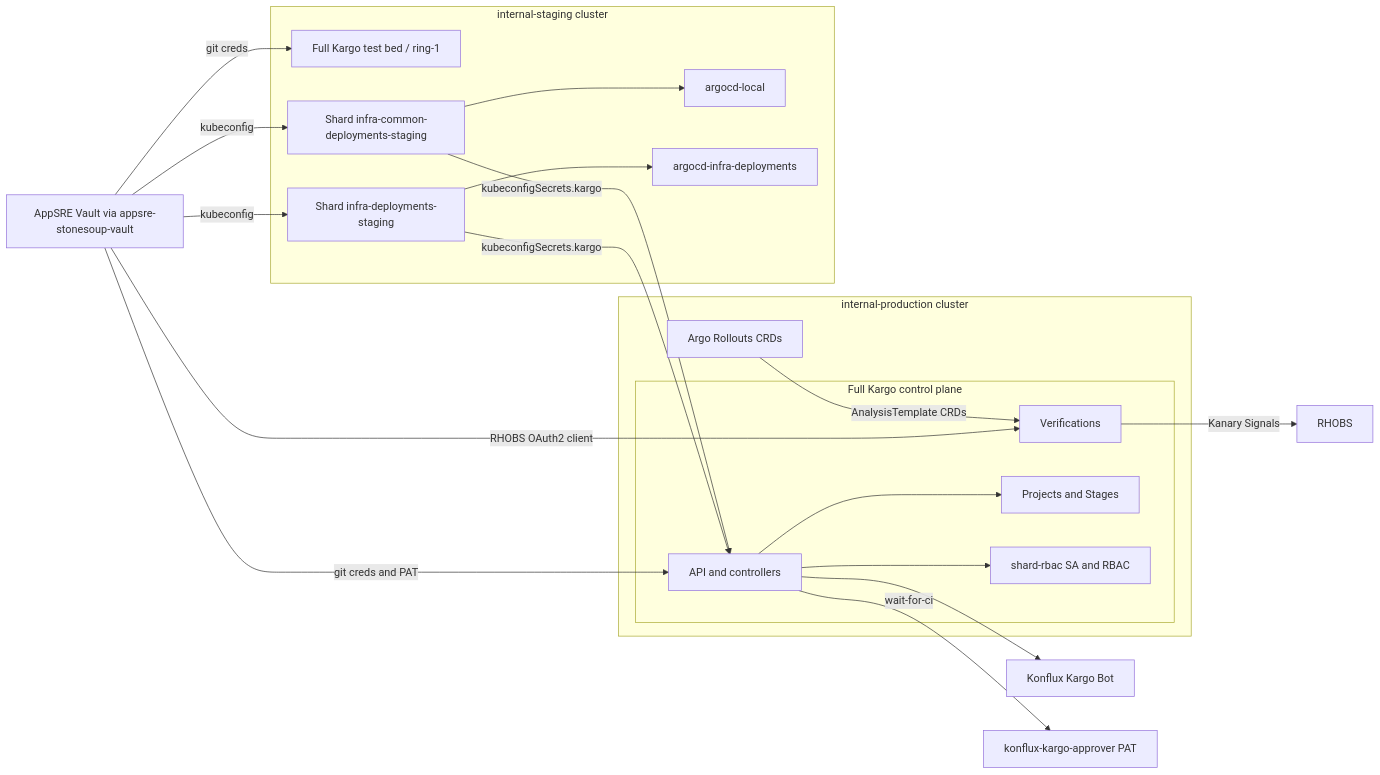
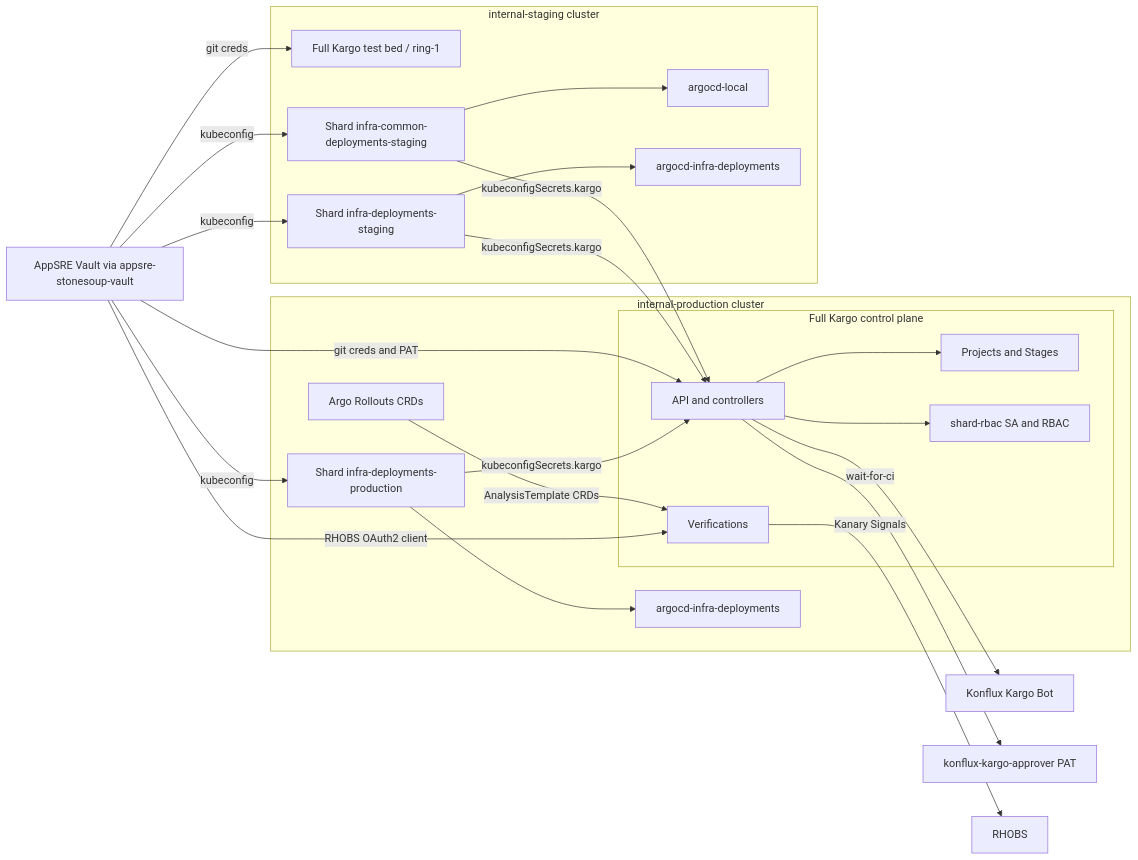
The diagram in components/kargo/README.md (redhat-appstudio/infra-common-deployments), drawn with Mermaid before and after one commit. The commit also changed other lines of this file and 4 other files, not shown here.

First line of the commit message:
feat(kargo): retarget infra-deployments rings onto production shard

````diff
--- a/components/kargo/README.md
+++ b/components/kargo/README.md
@@ -34,40 +38,45 @@
 ```mermaid
 flowchart LR
   subgraph prodCluster [internal-production cluster]
     subgraph kargoCP [Full Kargo control plane]
       KargoCore[API and controllers]
       Verifications[Verifications]
       Projects[Projects and Stages]
       ShardRBAC[shard-rbac SA and RBAC]
       KargoCore --> Projects
       KargoCore --> ShardRBAC
     end
     AR[Argo Rollouts CRDs]
+    ShardInfraProd[Shard infra-deployments-production]
+    ArgoInfraProd[argocd-infra-deployments]
     AR -->|AnalysisTemplate CRDs| Verifications
+    ShardInfraProd --> ArgoInfraProd
   end
 
   subgraph stgCluster [internal-staging cluster]
     KargoStg[Full Kargo test bed / ring-1]
     ShardCommon[Shard infra-common-deployments-staging]
     ShardInfra[Shard infra-deployments-staging]
     ArgoLocal[argocd-local]
     ArgoInfra[argocd-infra-deployments]
     ShardCommon --> ArgoLocal
     ShardInfra --> ArgoInfra
   end
 
   Vault[AppSRE Vault via appsre-stonesoup-vault]
   GHBot[Konflux Kargo Bot]
   GHApprover[konflux-kargo-approver PAT]
   RHOBS[RHOBS]
   Vault -->|git creds and PAT| KargoCore
   Vault -->|git creds| KargoStg
   Vault -->|kubeconfig| ShardCommon
   Vault -->|kubeconfig| ShardInfra
+  Vault -->|kubeconfig| ShardInfraProd
   Vault -->|RHOBS OAuth2 client| Verifications
   ShardCommon -->|kubeconfigSecrets.kargo| KargoCore
   ShardInfra -->|kubeconfigSecrets.kargo| KargoCore
+  ShardInfraProd -->|kubeconfigSecrets.kargo| KargoCore
   KargoCore --> GHBot
   KargoCore -->|wait-for-ci| GHApprover
   Verifications -->|"Kanary Signals"| RHOBS
 ```
````
